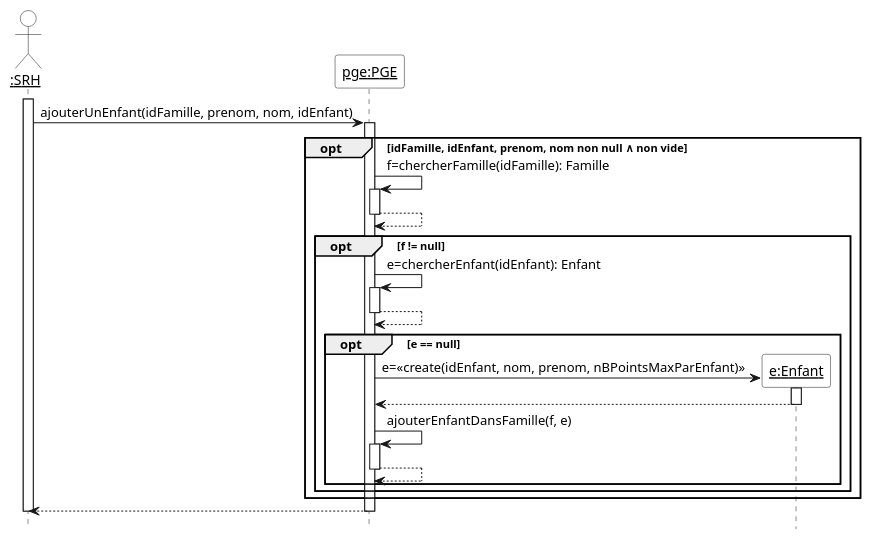
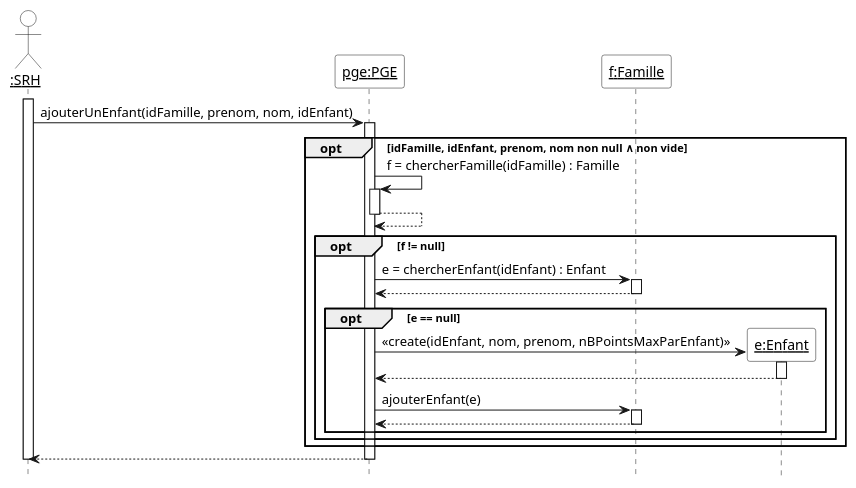
The diagram in Diagrammes/pge_uml_diag_seq_ajouter_un_enfant_V2.pu (yasminebelmaaziz/dev_logiciel), drawn with PlantUML before and after one commit. The commit also changed 7 other files, not shown here.

Commit message:
Modification diagramme sequence ajouter un enfant

```diff
--- a/Diagrammes/pge_uml_diag_seq_ajouter_un_enfant_V2.pu
+++ b/Diagrammes/pge_uml_diag_seq_ajouter_un_enfant_V2.pu
@@ -1,37 +1,34 @@
 @startuml
 hide footbox
 skinparam sequenceParticipantBackgroundColor White
 skinparam sequenceActorBackgroundColor White
 
 actor "__:SRH__" as srh
 participant "__pge:PGE__" as pge
+participant "__f:Famille__" as f
 
 activate srh
 srh -> pge ++ : ajouterUnEnfant(idFamille, prenom, nom, idEnfant)
 
 opt idFamille, idEnfant, prenom, nom non null ∧ non vide
-
-  pge -> pge ++ : f=chercherFamille(idFamille): Famille
+  pge -> pge ++ : f = chercherFamille(idFamille) : Famille
   return
 
   opt f != null
-
-    pge -> pge ++ : e=chercherEnfant(idEnfant): Enfant
+    pge -> f ++ : e = chercherEnfant(idEnfant) : Enfant
     return
 
-    create "__e:Enfant__" as e
     opt e == null
-
-      pge -> e ++ : e=<<create(idEnfant, nom, prenom, nBPointsMaxParEnfant)>>
+      create "__e:Enfant__" as e
+      pge -> e ++ : <<create(idEnfant, nom, prenom, nBPointsMaxParEnfant)>>
       return
 
-      pge -> pge ++ : ajouterEnfantDansFamille(f, e)
+      pge -> f ++ : ajouterEnfant(e)
       return
-
     end
   end
 end
 
 return
 deactivate srh
 @enduml
```
